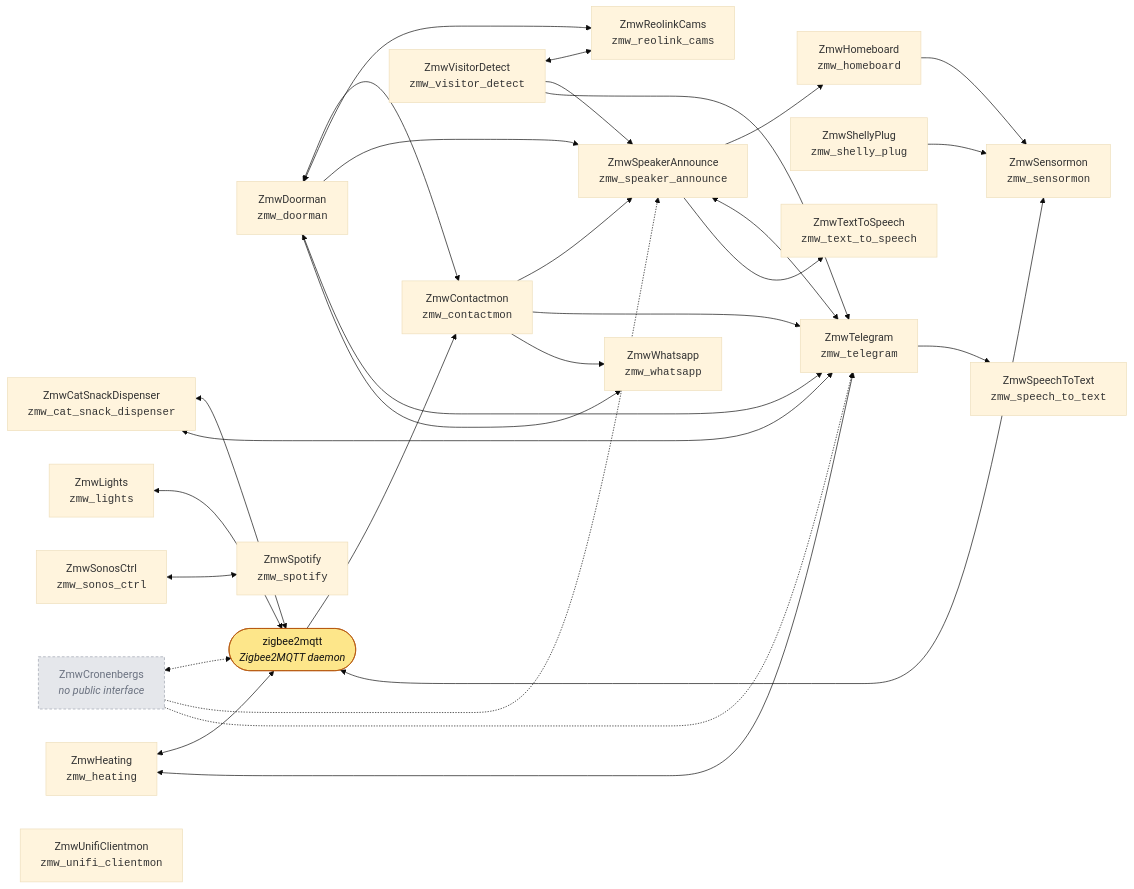
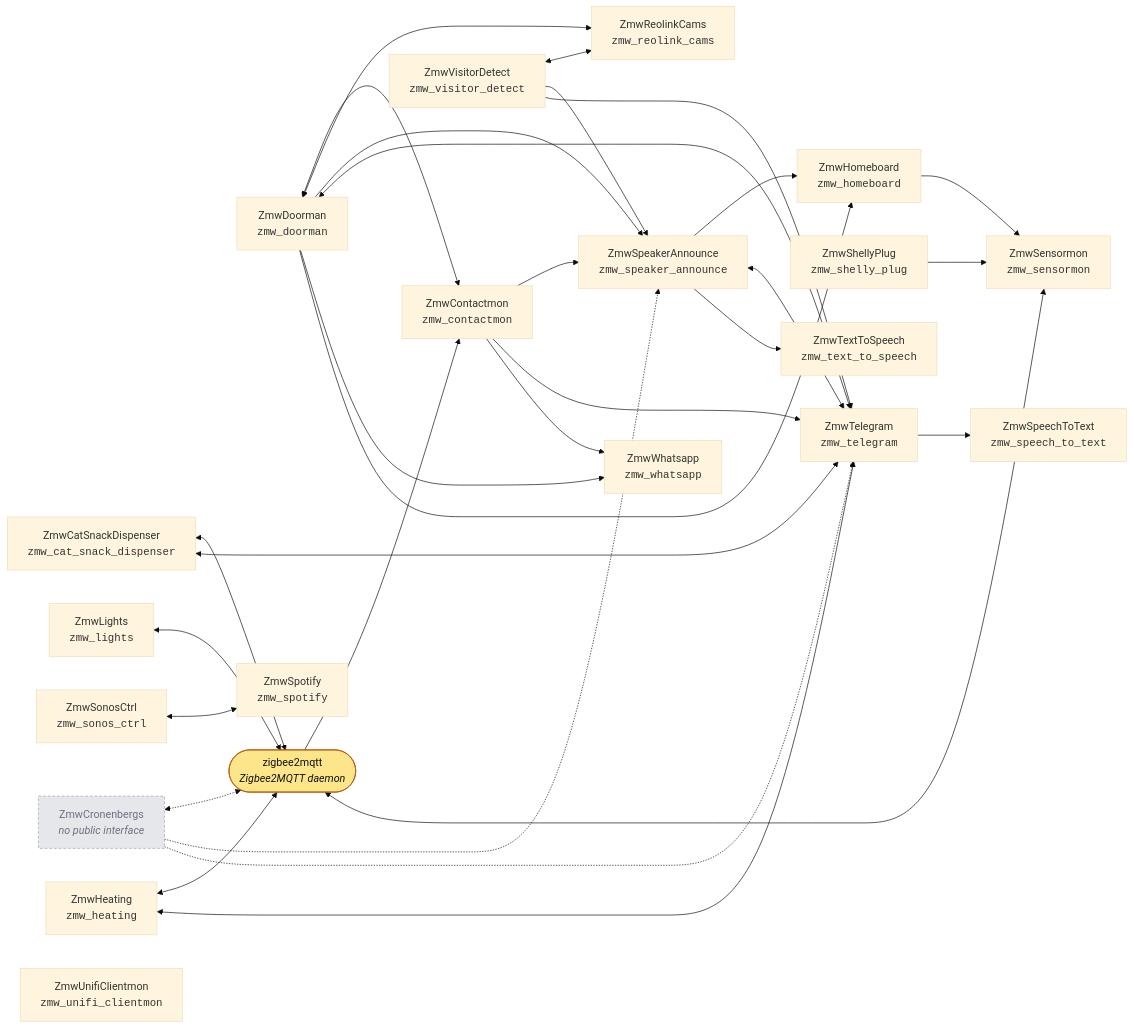
One commit to nicolasbrailo/zmw changed the diagram in README.md. Above: the diagram before and after it, drawn with Mermaid (base theme). The commit also changed other lines of this file and 4 other files, not shown here.

````diff
--- a/README.md
+++ b/README.md
@@ -88,57 +88,58 @@
 ```mermaid
 flowchart LR
     zmw_cat_snack_dispenser["ZmwCatSnackDispenser<br/><code>zmw_cat_snack_dispenser</code>"]
     zmw_contactmon["ZmwContactmon<br/><code>zmw_contactmon</code>"]
     zmw_cronenbergs["ZmwCronenbergs<br/><i>no public interface</i>"]
     zmw_doorman["ZmwDoorman<br/><code>zmw_doorman</code>"]
     zmw_heating["ZmwHeating<br/><code>zmw_heating</code>"]
     zmw_homeboard["ZmwHomeboard<br/><code>zmw_homeboard</code>"]
     zmw_lights["ZmwLights<br/><code>zmw_lights</code>"]
     zmw_reolink_cams["ZmwReolinkCams<br/><code>zmw_reolink_cams</code>"]
     zmw_sensormon["ZmwSensormon<br/><code>zmw_sensormon</code>"]
     zmw_shelly_plug["ZmwShellyPlug<br/><code>zmw_shelly_plug</code>"]
     zmw_sonos_ctrl["ZmwSonosCtrl<br/><code>zmw_sonos_ctrl</code>"]
     zmw_speaker_announce["ZmwSpeakerAnnounce<br/><code>zmw_speaker_announce</code>"]
     zmw_speech_to_text["ZmwSpeechToText<br/><code>zmw_speech_to_text</code>"]
     zmw_spotify["ZmwSpotify<br/><code>zmw_spotify</code>"]
     zmw_telegram["ZmwTelegram<br/><code>zmw_telegram</code>"]
     zmw_text_to_speech["ZmwTextToSpeech<br/><code>zmw_text_to_speech</code>"]
     zmw_unifi_clientmon["ZmwUnifiClientmon<br/><code>zmw_unifi_clientmon</code>"]
     zmw_visitor_detect["ZmwVisitorDetect<br/><code>zmw_visitor_detect</code>"]
     zmw_whatsapp["ZmwWhatsapp<br/><code>zmw_whatsapp</code>"]
     zigbee2mqtt(["zigbee2mqtt<br/><i>Zigbee2MQTT daemon</i>"])
 
     zmw_cat_snack_dispenser <--> zigbee2mqtt
     zmw_cat_snack_dispenser <--> zmw_telegram
     zigbee2mqtt --> zmw_contactmon
     zmw_contactmon --> zmw_speaker_announce
     zmw_contactmon --> zmw_telegram
     zmw_contactmon --> zmw_whatsapp
     zmw_cronenbergs <-.-> zigbee2mqtt
     zmw_cronenbergs -.-> zmw_speaker_announce
     zmw_cronenbergs -.-> zmw_telegram
     zmw_doorman <--> zmw_contactmon
     zmw_doorman <--> zmw_reolink_cams
     zmw_doorman --> zmw_speaker_announce
     zmw_doorman <--> zmw_telegram
     zmw_doorman --> zmw_whatsapp
     zmw_heating <--> zigbee2mqtt
     zmw_heating <--> zmw_telegram
+    zmw_doorman --> zmw_homeboard
     zmw_speaker_announce --> zmw_homeboard
     zmw_lights <--> zigbee2mqtt
     zmw_sensormon <--> zigbee2mqtt
     zmw_homeboard --> zmw_sensormon
     zmw_shelly_plug --> zmw_sensormon
     zmw_sonos_ctrl <--> zmw_spotify
     zmw_speaker_announce <--> zmw_telegram
     zmw_speaker_announce --> zmw_text_to_speech
     zmw_telegram --> zmw_speech_to_text
     zmw_visitor_detect <--> zmw_reolink_cams
     zmw_visitor_detect --> zmw_speaker_announce
     zmw_visitor_detect --> zmw_telegram
 
     class zigbee2mqtt external;
     class zmw_cronenbergs passive;
     classDef external fill:#fde68a,stroke:#b45309,color:#111;
     classDef passive fill:#e5e7eb,stroke:#9ca3af,color:#6b7280,stroke-dasharray:4 3;
 ```
````
